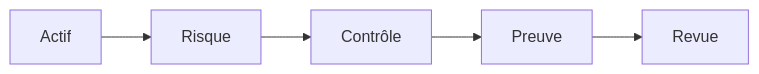
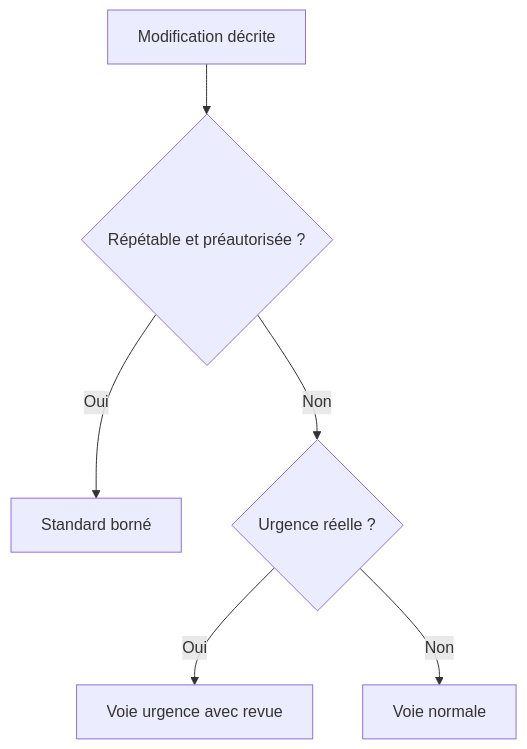
The third of 6 diagrams in content/lessons/maint-itil-intermediaire.md (biggyseven/Skill-Tree), drawn with Mermaid before and after one commit. The commit also changed other lines of this file, not shown here.

````diff
--- a/content/lessons/maint-itil-intermediaire.md
+++ b/content/lessons/maint-itil-intermediaire.md
@@ -65,4 +71,8 @@
 ```mermaid
-flowchart LR
-  A[Actif] --> B[Risque] --> C[Contrôle] --> D[Preuve] --> E[Revue]
+flowchart TD
+  A[Modification décrite] --> B{Répétable et préautorisée ?}
+  B -->|Oui| C[Standard borné]
+  B -->|Non| D{Urgence réelle ?}
+  D -->|Oui| E[Voie urgence avec revue]
+  D -->|Non| F[Voie normale]
 ```
````
